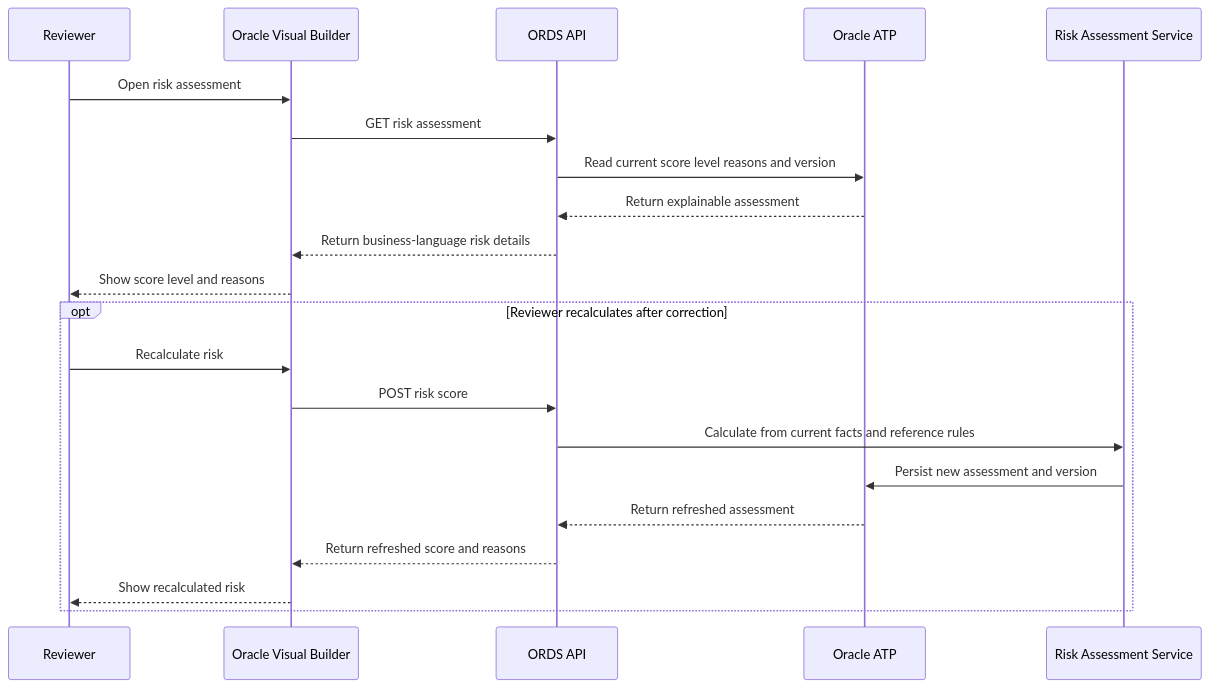
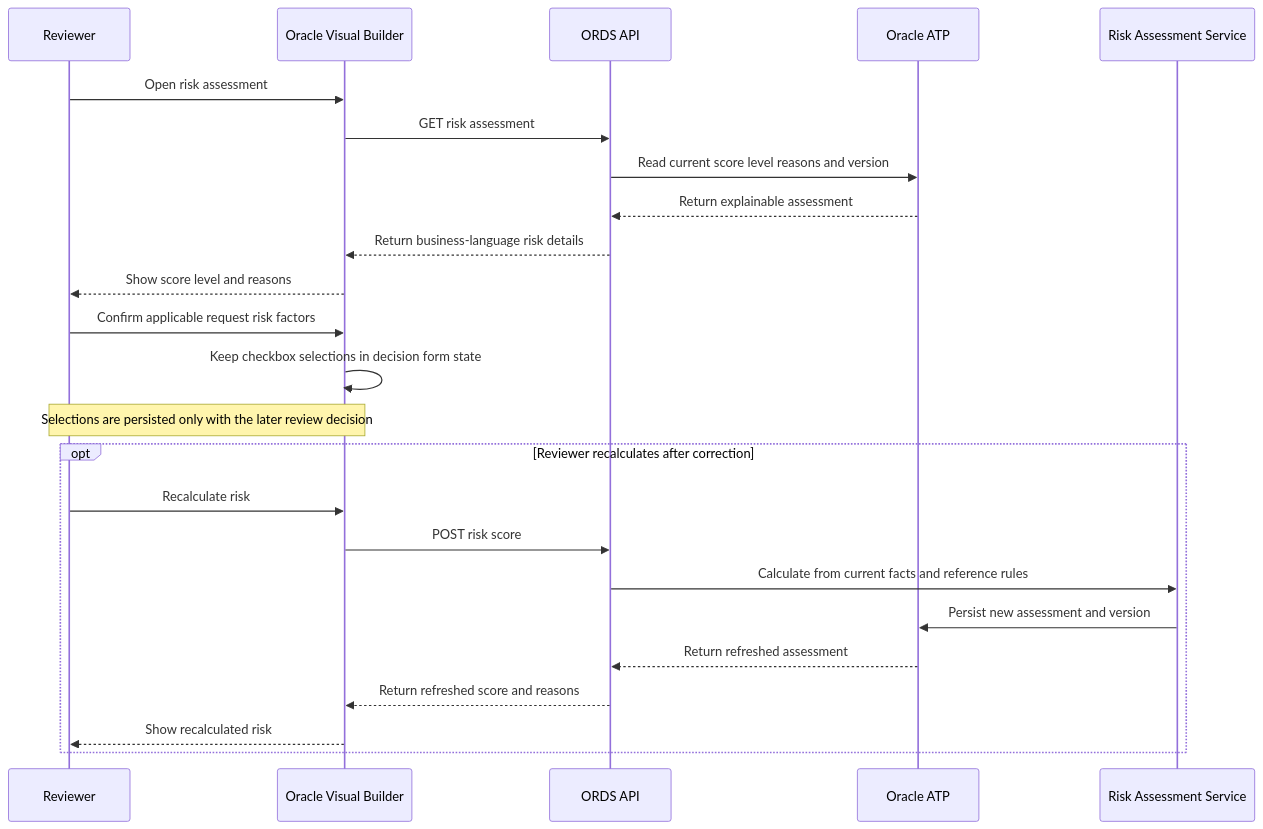
One commit to abdullahsohaill/erp-supplier-onboarding changed the fifth of 14 diagrams in aidlc-docs/inception/user-stories/sequence-diagrams.md. Above: the diagram before and after it, drawn with Mermaid. The commit also changed other lines of this file and 6 other files, not shown here.

Commit message:
Align requirements and stories with finalized schema

````diff
--- a/aidlc-docs/inception/user-stories/sequence-diagrams.md
+++ b/aidlc-docs/inception/user-stories/sequence-diagrams.md
@@ -136,23 +140,26 @@
 ```mermaid
 sequenceDiagram
     participant Reviewer
     participant VB as Oracle Visual Builder
     participant ORDS as ORDS API
     participant ATP as Oracle ATP
     participant Risk as Risk Assessment Service
     Reviewer->>VB: Open risk assessment
     VB->>ORDS: GET risk assessment
     ORDS->>ATP: Read current score level reasons and version
     ATP-->>ORDS: Return explainable assessment
     ORDS-->>VB: Return business-language risk details
     VB-->>Reviewer: Show score level and reasons
+    Reviewer->>VB: Confirm applicable request risk factors
+    VB->>VB: Keep checkbox selections in decision form state
+    Note over Reviewer,VB: Selections are persisted only with the later review decision
     opt Reviewer recalculates after correction
         Reviewer->>VB: Recalculate risk
         VB->>ORDS: POST risk score
         ORDS->>Risk: Calculate from current facts and reference rules
         Risk->>ATP: Persist new assessment and version
         ATP-->>ORDS: Return refreshed assessment
         ORDS-->>VB: Return refreshed score and reasons
         VB-->>Reviewer: Show recalculated risk
     end
 ```
````
